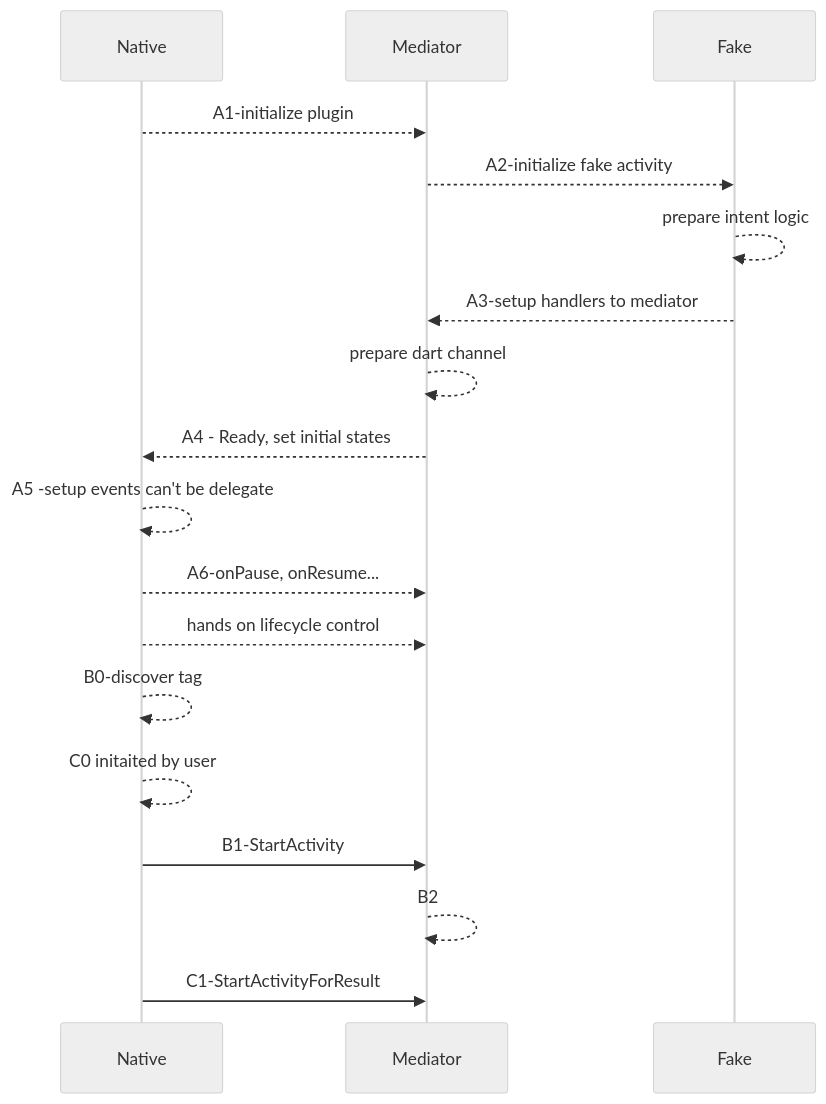
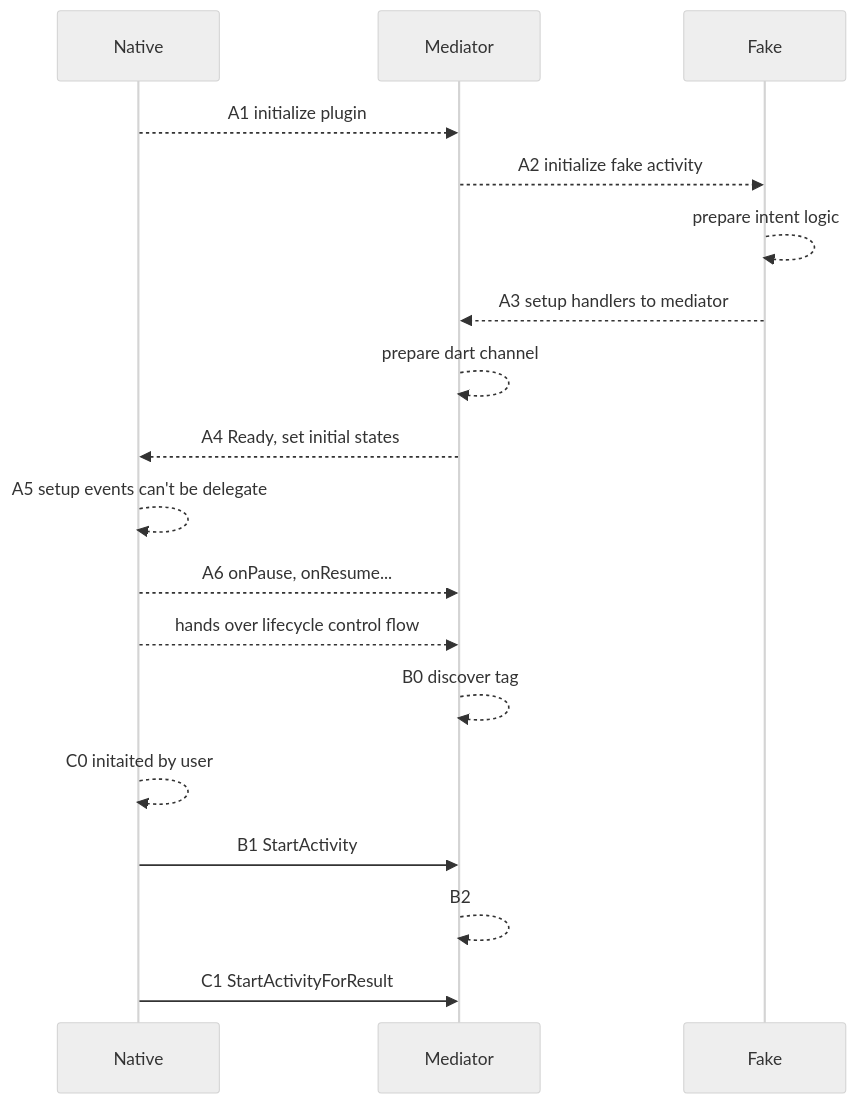
The second of 2 diagrams in flutter/addActivityResultListener.md (gordianknotC/nxp_note), drawn with Mermaid (neutral theme) before and after one commit. The commit also changed other lines of this file, not shown here.

Commit message:
flutter/addActivityResultListener.md updated from https://stackedit.io/

````diff
--- a/flutter/addActivityResultListener.md
+++ b/flutter/addActivityResultListener.md
@@ -55,24 +55,25 @@
 ```mermaid
 sequenceDiagram
 participant Native
 participant Mediator
 participant Fake
 
-Native -->> Mediator: A1-initialize plugin
-Mediator -->> Fake: A2-initialize fake activity
+Native -->> Mediator: A1 initialize plugin
+Mediator -->> Fake: A2 initialize fake activity
 Fake -->> Fake: prepare intent logic
-Fake -->> Mediator: A3-setup handlers to mediator
+Fake -->> Mediator: A3 setup handlers to mediator
 Mediator -->> Mediator: prepare dart channel
-Mediator -->> Native: A4 - Ready, set initial states
-Native -->> Native: A5 -setup events can't be delegate
-Native -->> Mediator: A6-onPause, onResume...
-Native -->> Mediator: hands on lifecycle control
+Mediator -->> Native: A4 Ready, set initial states
+Native -->> Native: A5 setup events can't be delegate
+Native -->> Mediator: A6 onPause, onResume...
+Native -->> Mediator: hands over lifecycle control flow
 
-Native -->> Native: B0-discover tag
+Mediator-->> Mediator: B0 discover tag
+
 
 Native -->> Native: C0 initaited by user
-Native ->> Mediator: B1-StartActivity
+Native ->> Mediator: B1 StartActivity
 Mediator -->> Mediator: B2 
-Native ->> Mediator: C1-StartActivityForResult
+Native ->> Mediator: C1 StartActivityForResult
 
 ```
````
